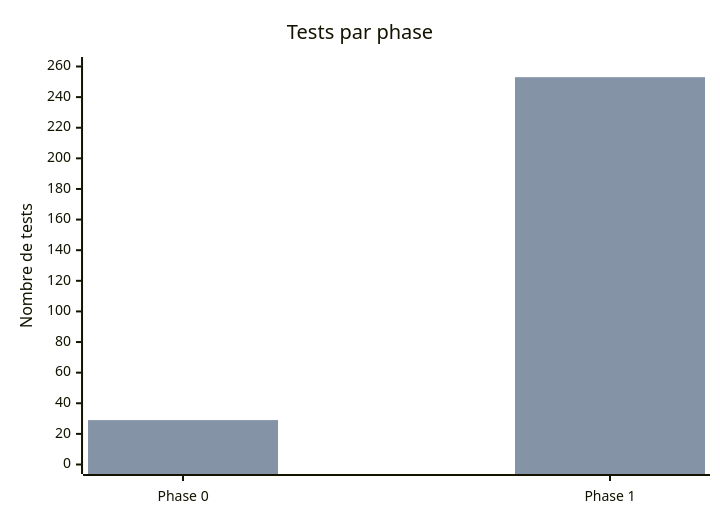
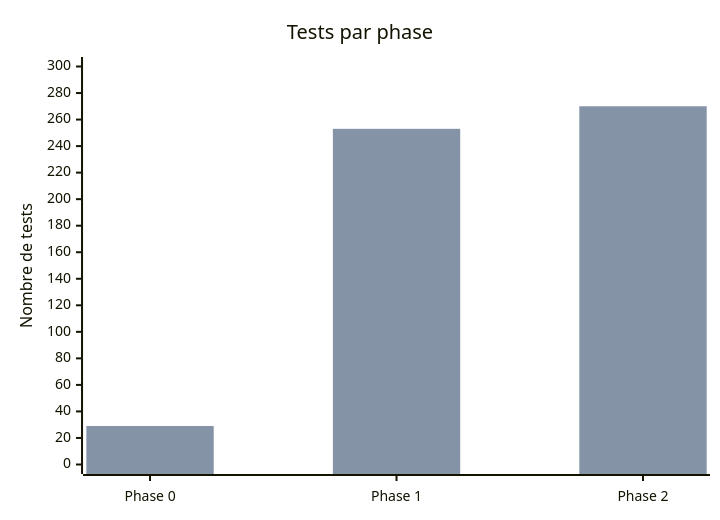
Before and after one commit to lyon32/lyonpanel: the fifth of 5 diagrams in docs/reports/TABLEAU-DE-BORD.md, drawn with Mermaid. The commit also changed other lines of this file and 207 other files, not shown here.

````diff
--- a/docs/reports/TABLEAU-DE-BORD.md
+++ b/docs/reports/TABLEAU-DE-BORD.md
@@ -123,8 +124,8 @@
 ```mermaid
 xychart-beta
   title "Tests par phase"
-  x-axis ["Phase 0", "Phase 1"]
-  y-axis "Nombre de tests" 0 --> 260
-  bar [29, 253]
-  bar [29, 253]
+  x-axis ["Phase 0", "Phase 1", "Phase 2"]
+  y-axis "Nombre de tests" 0 --> 300
+  bar [29, 253, 270]
+  bar [29, 253, 270]
 ```
````
